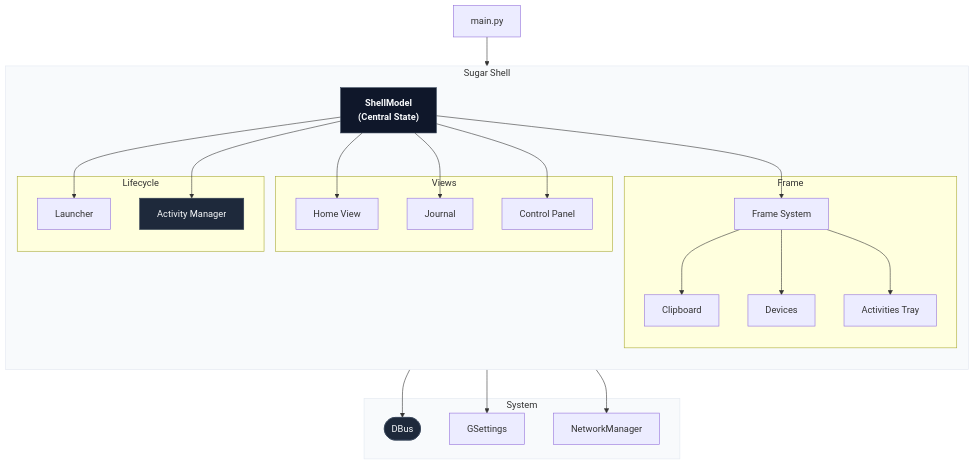
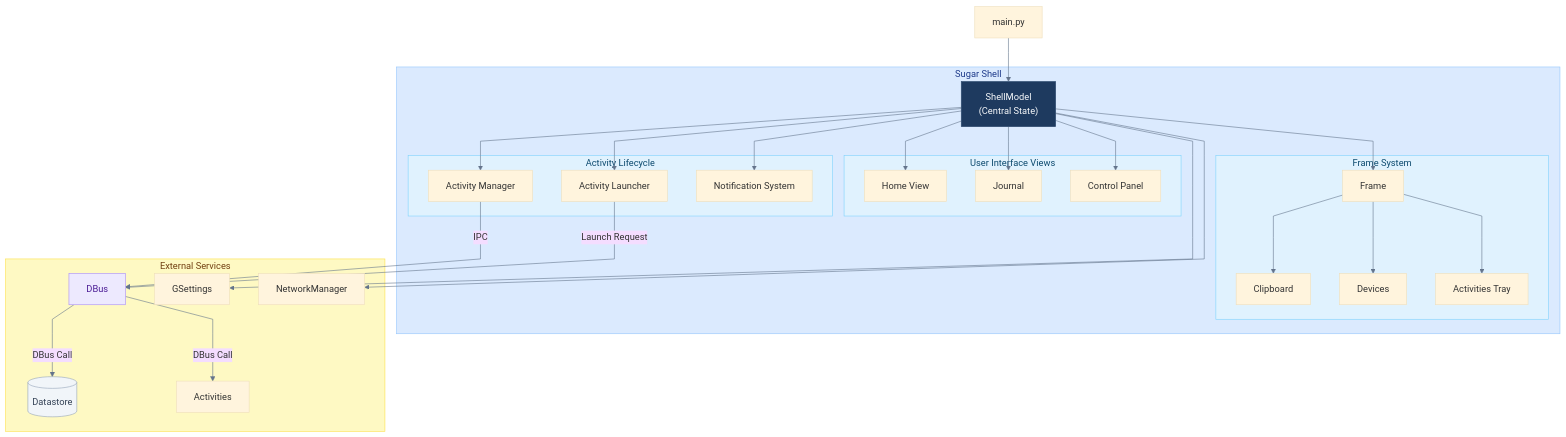
Before and after one commit to Dev10-sys/sugar-proposal-gtk: the fourth of 13 diagrams in proposal.md, drawn with Mermaid. The commit also changed other lines of this file, not shown here.

Commit message:
docs: Upgrade all GSoC proposal diagrams to professional engineering standards with GTK4/Wayland focused architecture

````diff
--- a/proposal.md
+++ b/proposal.md
@@ -294,53 +334,63 @@
 ```mermaid
+%%{init: {'theme': 'base', 'themeVariables': {'lineColor': '#64748b'}, 'flowchart': {'curve': 'linear'}}}%%
 flowchart TD
-    Main["main.py"]
+    MainPy["main.py"]
 
-    subgraph Core ["Sugar Shell"]
-        direction TB
-        ShellModel["ShellModel\n(Central State)"]
+    subgraph SHELL ["Sugar Shell"]
+        SM["ShellModel\n(Central State)"]
 
-        subgraph Views ["Views"]
-            Home["Home View"]
-            Journal["Journal"]
-            ControlPanel["Control Panel"]
+        subgraph UI_VIEWS ["User Interface Views"]
+            HomeV["Home View"]
+            JournalV["Journal"]
+            CPV["Control Panel"]
         end
 
-        subgraph FrameSystem ["Frame"]
-            Frame["Frame System"]
-            Clipboard["Clipboard"]
-            Devices["Devices"]
-            ActivitiesTray["Activities Tray"]
+        subgraph FRAME_SYS ["Frame System"]
+            FrameC["Frame"]
+            ClipC["Clipboard"]
+            DevC["Devices"]
+            ActTray["Activities Tray"]
         end
 
-        subgraph Mngmt ["Lifecycle"]
-            Launcher["Launcher"]
-            ActivityManager["Activity Manager"]
+        subgraph LIFE ["Activity Lifecycle"]
+            LaunchC["Activity Launcher"]
+            ActMgrC["Activity Manager"]
+            NotifC["Notification System"]
         end
     end
 
-    subgraph Env ["System"]
-        DBus(["DBus"])
-        GSettings["GSettings"]
-        NetworkManager["NetworkManager"]
+    subgraph EXT_SVC ["External Services"]
+        DBusE["DBus"]
+        GSE["GSettings"]
+        NME["NetworkManager"]
+        DSE[("Datastore")]
+        ActE["Activities"]
     end
 
-    Main --> ShellModel
-    ShellModel --> Home
-    ShellModel --> Journal
-    ShellModel --> ControlPanel
-    ShellModel --> Frame
-    Frame --> Clipboard
-    Frame --> Devices
-    Frame --> ActivitiesTray
-    ShellModel --> Launcher
-    ShellModel --> ActivityManager
-    ActivityManager --> DBus
-    ShellModel --> GSettings
-    ShellModel --> NetworkManager
+    MainPy --> SM
+    SM --> HomeV
+    SM --> JournalV
+    SM --> CPV
+    SM --> FrameC
+    FrameC --> ClipC
+    FrameC --> DevC
+    FrameC --> ActTray
+    SM --> LaunchC
+    SM --> ActMgrC
+    SM --> NotifC
+    ActMgrC -->|"IPC"| DBusE
+    LaunchC -->|"Launch Request"| DBusE
+    SM --> GSE
+    SM --> NME
+    DBusE -->|"DBus Call"| DSE
+    DBusE -->|"DBus Call"| ActE
 
-    style ShellModel fill:#0f172a,stroke:#334155,color:#f8fafc,font-weight:bold
-    style ActivityManager fill:#1e293b,stroke:#334155,color:#f8fafc
-    style DBus fill:#1e293b,stroke:#334155,color:#f8fafc
-    style Core fill:#f8fafc,stroke:#e2e8f0
-    style Env fill:#f8fafc,stroke:#e2e8f0
+    style SHELL fill:#dbeafe,stroke:#93c5fd,color:#1e3a8a
+    style UI_VIEWS fill:#e0f2fe,stroke:#7dd3fc,color:#0c4a6e
+    style FRAME_SYS fill:#e0f2fe,stroke:#7dd3fc,color:#0c4a6e
+    style LIFE fill:#e0f2fe,stroke:#7dd3fc,color:#0c4a6e
+    style EXT_SVC fill:#fef9c3,stroke:#fde047,color:#713f12
+    style SM fill:#1e3a5f,stroke:#2d4a6f,color:#f8fafc
+    style DBusE fill:#ede9fe,stroke:#a78bfa,color:#4c1d95
+    style DSE fill:#f1f5f9,stroke:#94a3b8,color:#334155
 ```
````
